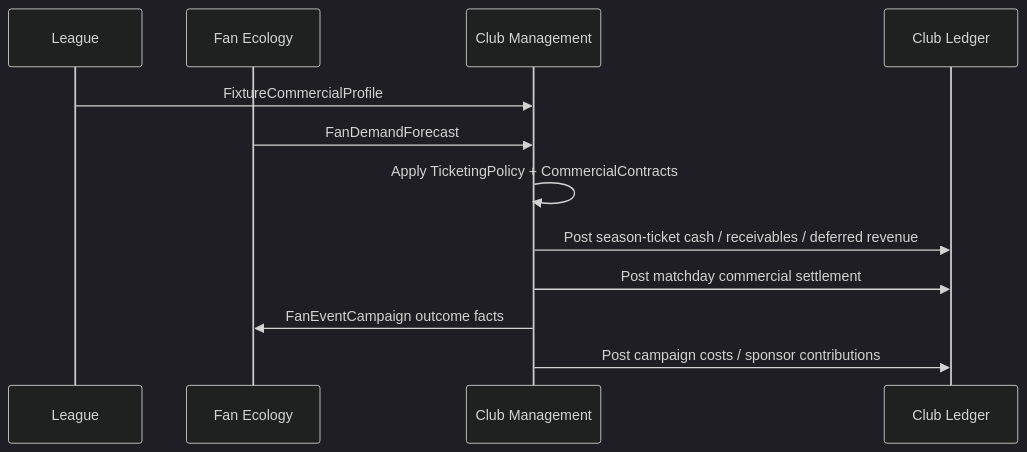
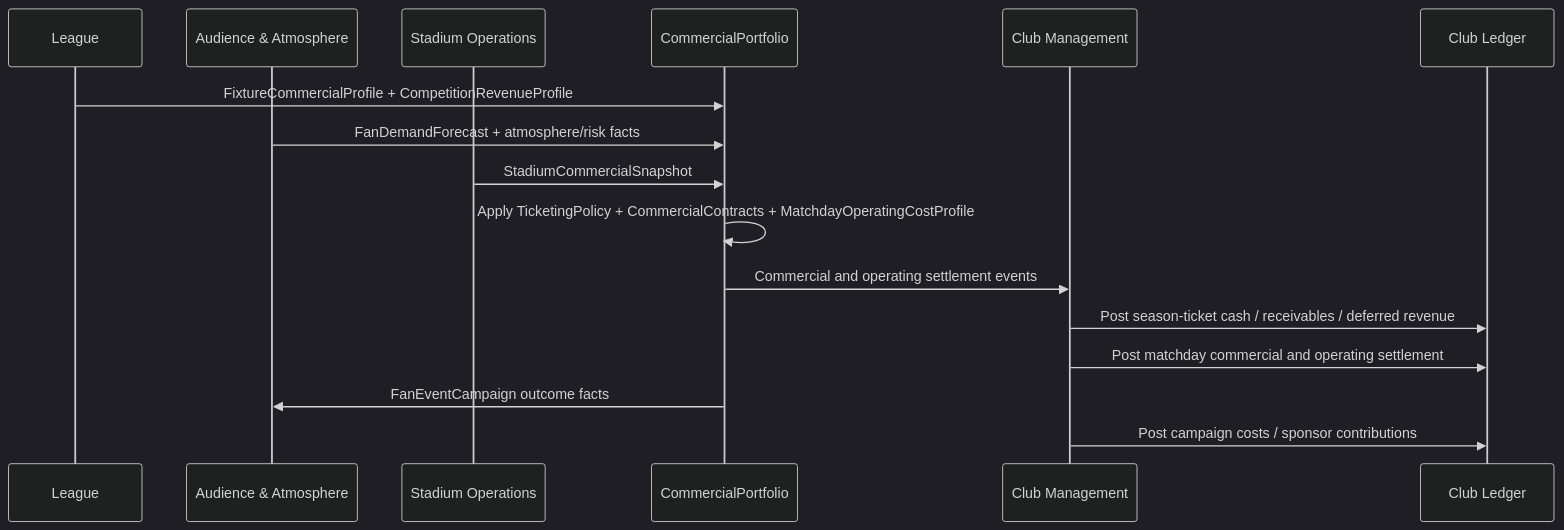
The diagram in docs/30-Implementation/club-economy-commercial-contracts.md (EtroxTaran/klubhaus-elf), drawn with Mermaid (dark theme) before and after one commit. The commit also changed other lines of this file and 24 other files, not shown here.

Commit message:
docs: add FMX-46 matchday operating costs (#107)

````diff
--- a/docs/30-Implementation/club-economy-commercial-contracts.md
+++ b/docs/30-Implementation/club-economy-commercial-contracts.md
@@ -465,15 +551,19 @@
 ```mermaid
 sequenceDiagram
     participant League
-    participant Fan as Fan Ecology
+    participant Fan as Audience & Atmosphere
+    participant Stadium as Stadium Operations
+    participant Commercial as CommercialPortfolio
     participant Club as Club Management
     participant Ledger as Club Ledger
 
-    League->>Club: FixtureCommercialProfile
-    Fan->>Club: FanDemandForecast
-    Club->>Club: Apply TicketingPolicy + CommercialContracts
+    League->>Commercial: FixtureCommercialProfile + CompetitionRevenueProfile
+    Fan->>Commercial: FanDemandForecast + atmosphere/risk facts
+    Stadium->>Commercial: StadiumCommercialSnapshot
+    Commercial->>Commercial: Apply TicketingPolicy + CommercialContracts + MatchdayOperatingCostProfile
+    Commercial->>Club: Commercial and operating settlement events
     Club->>Ledger: Post season-ticket cash / receivables / deferred revenue
-    Club->>Ledger: Post matchday commercial settlement
-    Club->>Fan: FanEventCampaign outcome facts
+    Club->>Ledger: Post matchday commercial and operating settlement
+    Commercial->>Fan: FanEventCampaign outcome facts
     Club->>Ledger: Post campaign costs / sponsor contributions
 ```
````
